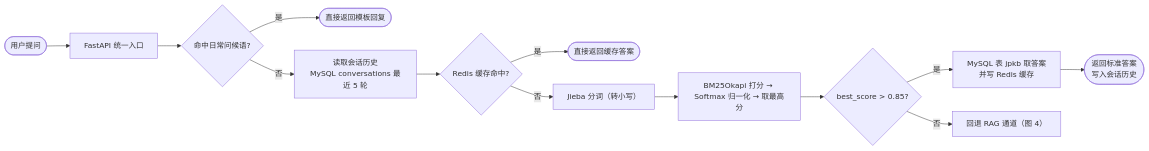
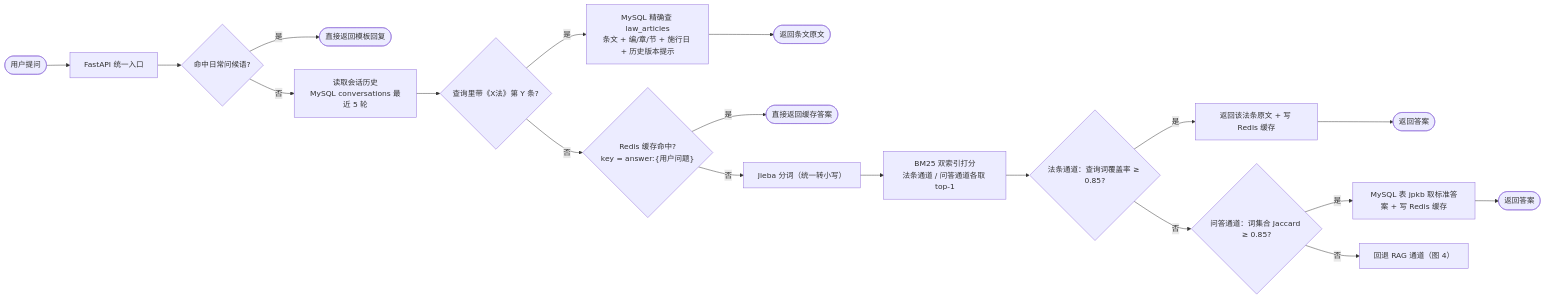
Before and after one commit to yanxiao-ci/lawrag: the third of 4 diagrams in docs/RAG项目流程图说明.md, drawn with Mermaid. The commit also changed other lines of this file and 341 other files, not shown here.

````diff
--- a/docs/RAG项目流程图说明.md
+++ b/docs/RAG项目流程图说明.md
@@ -132,15 +161,17 @@
 ```mermaid
 flowchart LR
   A([用户提问]) --> B["FastAPI 统一入口"]
   B --> C{"命中日常问候语?"}
   C -- 是 --> C1([直接返回模板回复])
   C -- 否 --> D["读取会话历史<br/>MySQL conversations 最近 5 轮"]
-  D --> E{"Redis 缓存命中?"}
-  E -- 是 --> E1([直接返回缓存答案])
-  E -- 否 --> F["Jieba 分词（转小写）"]
-  F --> G["BM25Okapi 打分 → Softmax 归一化 → 取最高分"]
-  G --> H{"best_score > 0.85?"}
-  H -- 是 --> I["MySQL 表 jpkb 取答案<br/>并写 Redis 缓存"]
-  I --> I1([返回标准答案<br/>写入会话历史])
-  H -- 否 --> J["回退 RAG 通道（图 4）"]
+  D --> E{"查询里带《X法》第 Y 条?"}
+  E -- 是 --> E1["MySQL 精确查 law_articles<br/>条文 + 编/章/节 + 施行日 + 历史版本提示"] --> E2([返回条文原文])
+  E -- 否 --> F{"Redis 缓存命中?<br/>key = answer:{用户问题}"}
+  F -- 是 --> F1([直接返回缓存答案])
+  F -- 否 --> G["Jieba 分词（统一转小写）"] --> H["BM25 双索引打分<br/>法条通道 / 问答通道各取 top-1"]
+  H --> I{"法条通道：查询词覆盖率 ≥ 0.85?"}
+  I -- 是 --> I1["返回该法条原文 + 写 Redis 缓存"] --> I2([返回答案])
+  I -- 否 --> J{"问答通道：词集合 Jaccard ≥ 0.85?"}
+  J -- 是 --> J1["MySQL 表 jpkb 取标准答案 + 写 Redis 缓存"] --> J2([返回答案])
+  J -- 否 --> K["回退 RAG 通道（图 4）"]
 ```
````
